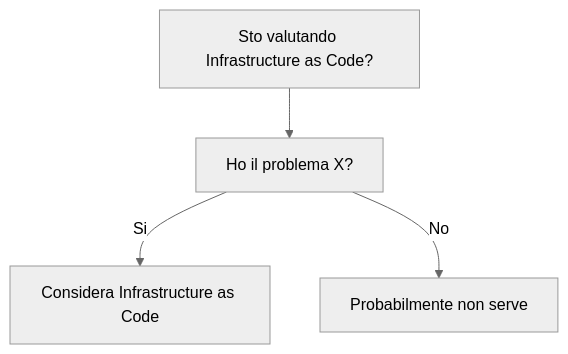
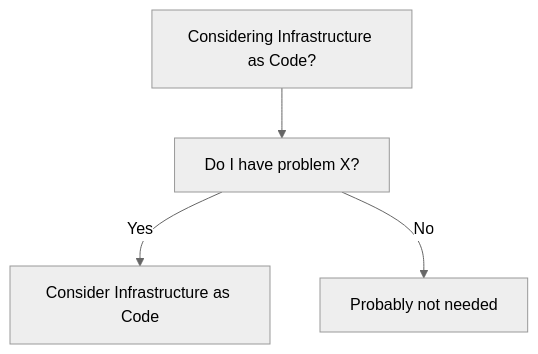
The diagram in dev-wiki/10_DevOps/Infrastructure_as_Code/When_To_Use.md (HxT9/Software-Dev-Wiki), drawn with Mermaid (neutral theme) before and after one commit. The commit also changed other lines of this file and 3444 other files, not shown here.

````diff
--- a/dev-wiki/10_DevOps/Infrastructure_as_Code/When_To_Use.md
+++ b/dev-wiki/10_DevOps/Infrastructure_as_Code/When_To_Use.md
@@ -19,6 +19,6 @@
 ```mermaid
 flowchart TD
-  Q[Sto valutando Infrastructure as Code?] --> Q1[Ho il problema X?]
-  Q1 -->|Si| OK[Considera Infrastructure as Code]
-  Q1 -->|No| NO[Probabilmente non serve]
+  Q[Considering Infrastructure as Code?] --> Q1[Do I have problem X?]
+  Q1 -->|Yes| OK[Consider Infrastructure as Code]
+  Q1 -->|No| NO[Probably not needed]
 ```
````
